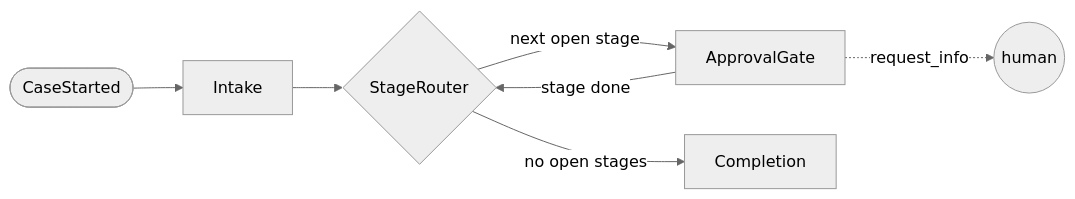
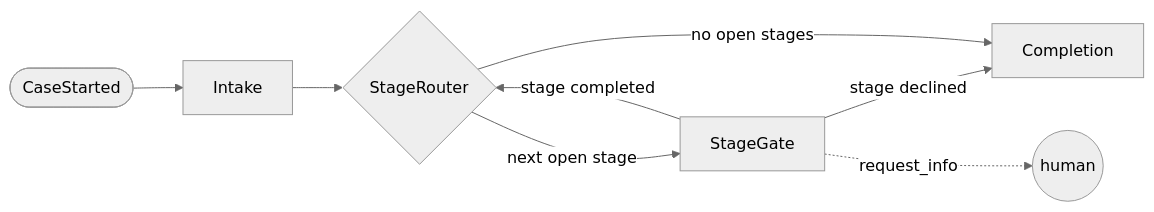
The fourth of 10 diagrams in poc/ARCHITECTURE.md (c42-arun/python-agentframework-demos), drawn with Mermaid (neutral theme) before and after one commit. The commit also changed other lines of this file and 2 other files, not shown here.

````diff
--- a/poc/ARCHITECTURE.md
+++ b/poc/ARCHITECTURE.md
@@ -160,9 +214,10 @@
 ```mermaid
 flowchart LR
     START([CaseStarted]) --> INTAKE[Intake]
     INTAKE --> ROUTER{StageRouter}
-    ROUTER -->|next open stage| GATE[ApprovalGate]
-    GATE -->|stage done| ROUTER
+    ROUTER -->|next open stage| GATE[StageGate]
+    GATE -->|stage completed| ROUTER
+    GATE -->|stage declined| DONE
     ROUTER -->|no open stages| DONE[Completion]
     GATE -. request_info .-> H((human))
 ```
````
